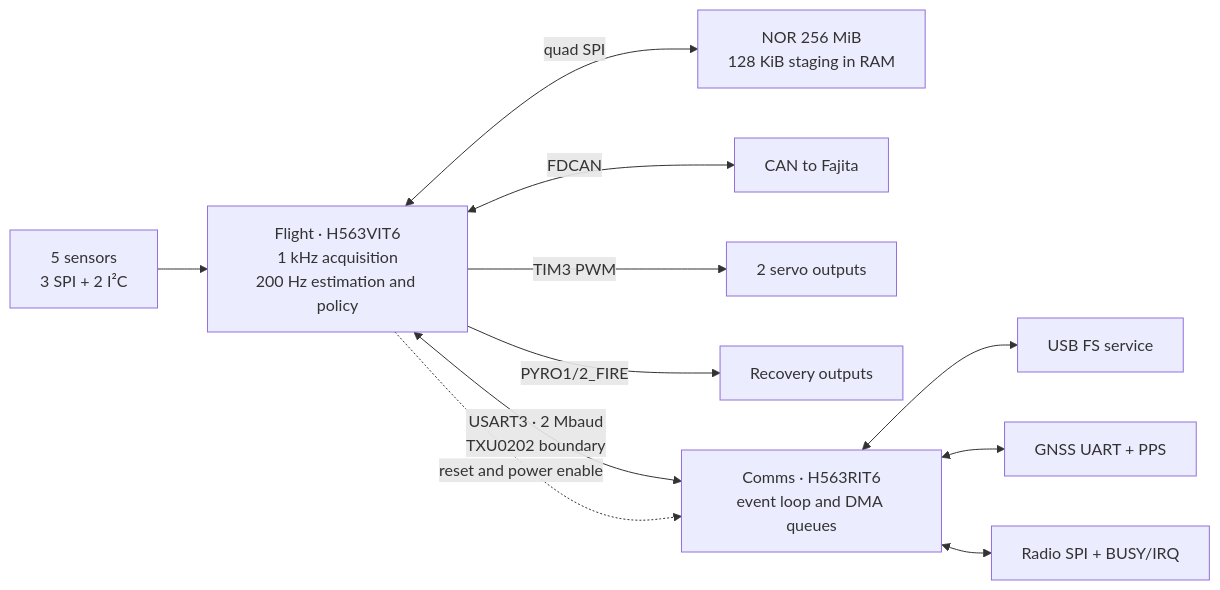
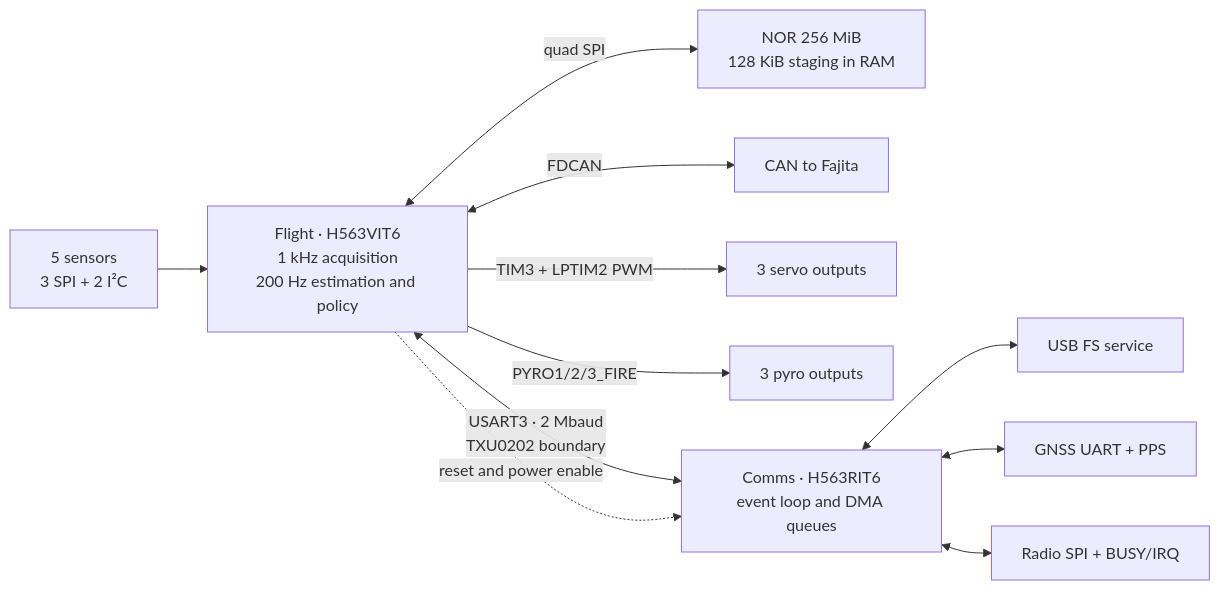
Before and after one commit to ULAS-HiPR/Ogma2: the diagram in docs/architecture/01-mcus.md, drawn with Mermaid. The commit also changed other lines of this file and 14 other files, not shown here.

````diff
--- a/docs/architecture/01-mcus.md
+++ b/docs/architecture/01-mcus.md
@@ -11,19 +11,19 @@
 ```mermaid
 flowchart LR
   S["5 sensors
 3 SPI + 2 I²C"] --> F["Flight · H563VIT6
 1 kHz acquisition
 200 Hz estimation and policy"]
   F <-->|"quad SPI"| N["NOR 256 MiB
 128 KiB staging in RAM"]
   F <-->|"FDCAN"| V["CAN to Fajita"]
-  F -->|"TIM3 PWM"| P["2 servo outputs"]
-  F -->|"PYRO1/2_FIRE"| O["Recovery outputs"]
+  F -->|"TIM3 + LPTIM2 PWM"| P["3 servo outputs"]
+  F -->|"PYRO1/2/3_FIRE"| O["3 pyro outputs"]
   F <-->|"USART3 · 2 Mbaud
 TXU0202 boundary"| C["Comms · H563RIT6
 event loop and DMA queues"]
   C <--> U["USB FS service"]
   C <--> G["GNSS UART + PPS"]
   C <--> R["Radio SPI + BUSY/IRQ"]
   F -.->|"reset and power enable"| C
 ```
````
